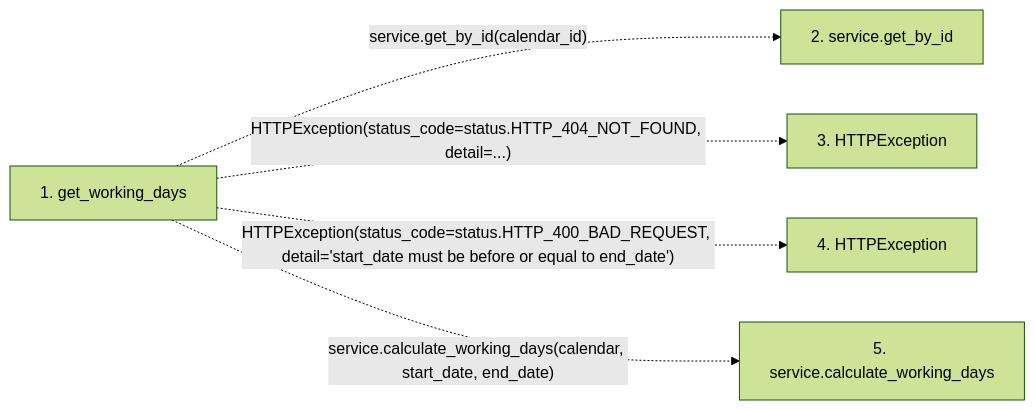
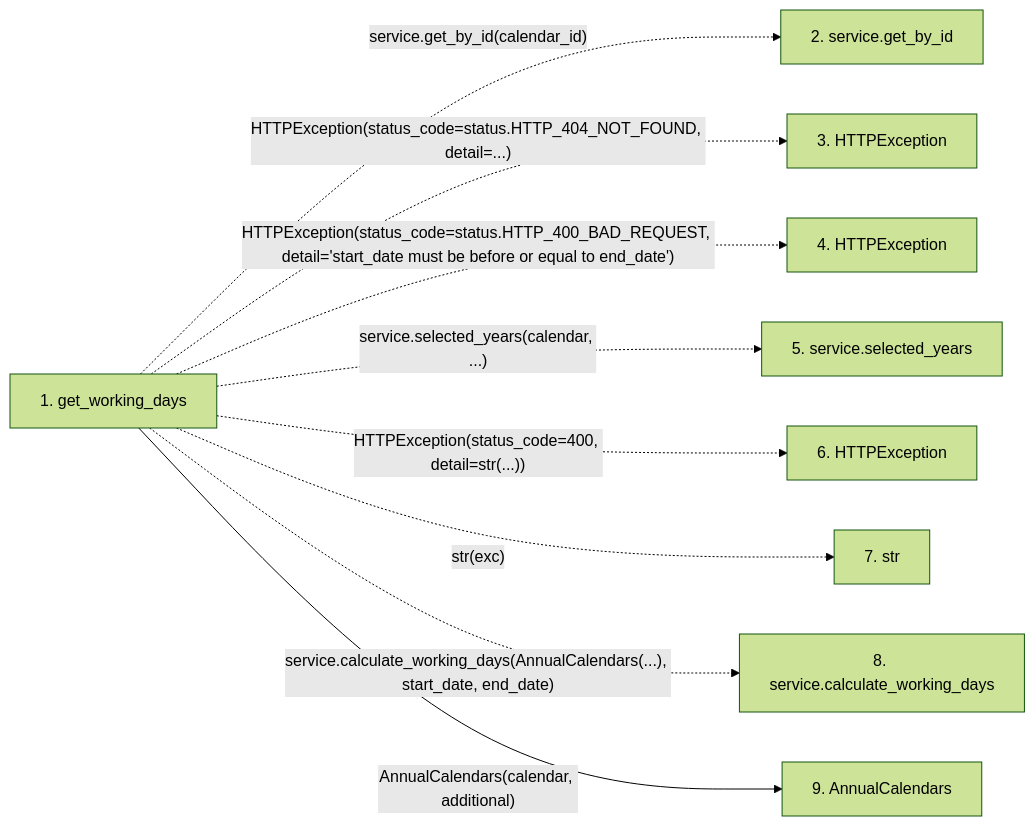
Before and after one commit to Denissvgn/WorkChord: the second of 2 diagrams in docs/llm_wiki/flows/http-get_working_days.md, drawn with Mermaid (forest theme). The commit also changed other lines of this file and 920 other files, not shown here.

Commit message:
Document explicit annual calendars and forecast ownership

````diff
--- a/docs/llm_wiki/flows/http-get_working_days.md
+++ b/docs/llm_wiki/flows/http-get_working_days.md
@@ -41,13 +63,22 @@
 ```mermaid
 flowchart LR
     s1["1. get_working_days"]
     s2["2. service.get_by_id"]
     s3["3. HTTPException"]
     s4["4. HTTPException"]
-    s5["5. service.calculate_working_days"]
+    s5["5. service.selected_years"]
+    s6["6. HTTPException"]
+    s7["7. str"]
+    s8["8. service.calculate_working_days"]
+    s9["9. AnnualCalendars"]
     s1 -. "service.get_by_id(calendar_id)" .-> s2
     s1 -. "HTTPException(status_code=status.HTTP_404_NOT_FOUND, detail=...)" .-> s3
     s1 -. "HTTPException(status_code=status.HTTP_400_BAD_REQUEST, detail='start_date must be before or equal to end_date')" .-> s4
-    s1 -. "service.calculate_working_days(calendar, start_date, end_date)" .-> s5
+    s1 -. "service.selected_years(calendar, ...)" .-> s5
+    s1 -. "HTTPException(status_code=400, detail=str(...))" .-> s6
+    s1 -. "str(exc)" .-> s7
+    s1 -. "service.calculate_working_days(AnnualCalendars(...), start_date, end_date)" .-> s8
+    s1 -->|"AnnualCalendars(calendar, additional)"| s9
     click s1 "../modules/calendars.md"
+    click s9 "../modules/calendar_rules.md"
 ```
````
